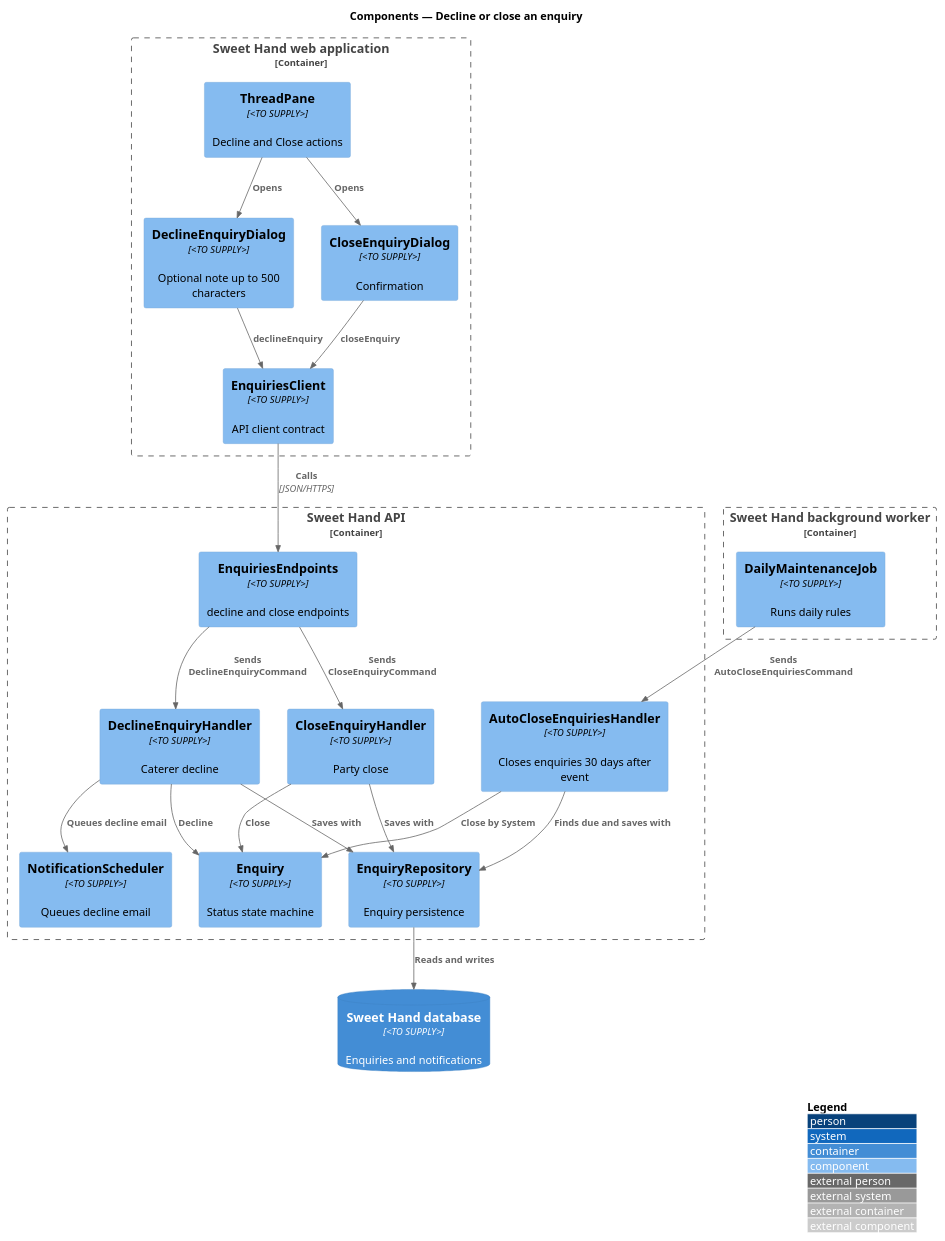
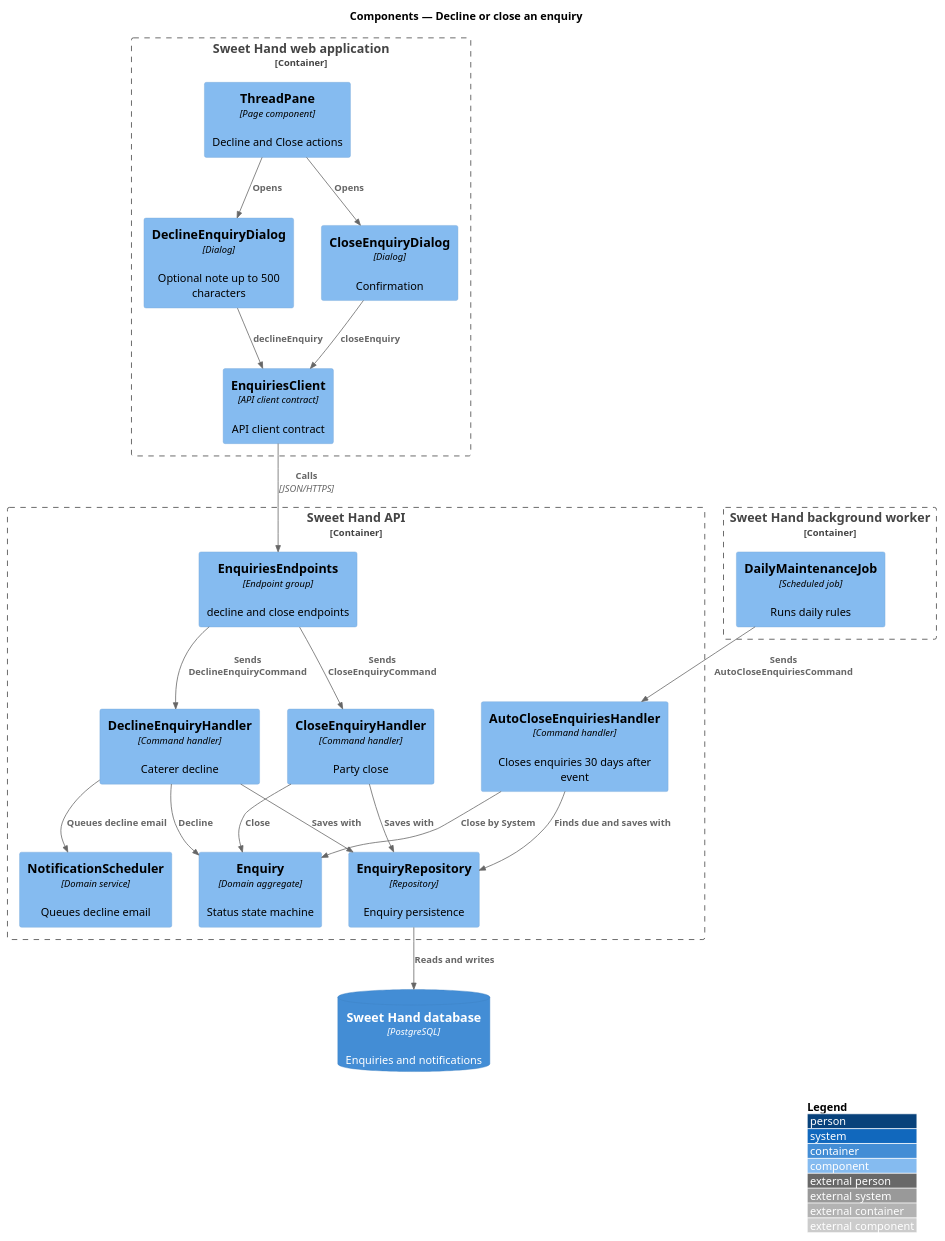
One commit to QuinntyneBrown/sweet-hand changed the diagram in docs/detailed-designs/enquiries/decline-or-close-enquiry/diagrams/c4-component.puml. Above: the diagram before and after it, drawn with PlantUML. The commit also changed 39 other files, not shown here.

```diff
--- a/docs/detailed-designs/enquiries/decline-or-close-enquiry/diagrams/c4-component.puml
+++ b/docs/detailed-designs/enquiries/decline-or-close-enquiry/diagrams/c4-component.puml
@@ -1,42 +1,42 @@
 @startuml
 !include <C4/C4_Component>
 LAYOUT_WITH_LEGEND()
 title Components — Decline or close an enquiry
 
 Container_Boundary(web, "Sweet Hand web application") {
-  Component(pane, "ThreadPane", "<TO SUPPLY>", "Decline and Close actions")
-  Component(decl, "DeclineEnquiryDialog", "<TO SUPPLY>", "Optional note up to 500 characters")
-  Component(close, "CloseEnquiryDialog", "<TO SUPPLY>", "Confirmation")
-  Component(client, "EnquiriesClient", "<TO SUPPLY>", "API client contract")
+  Component(pane, "ThreadPane", "Page component", "Decline and Close actions")
+  Component(decl, "DeclineEnquiryDialog", "Dialog", "Optional note up to 500 characters")
+  Component(close, "CloseEnquiryDialog", "Dialog", "Confirmation")
+  Component(client, "EnquiriesClient", "API client contract", "API client contract")
 }
 Container_Boundary(api, "Sweet Hand API") {
-  Component(ep, "EnquiriesEndpoints", "<TO SUPPLY>", "decline and close endpoints")
-  Component(dh, "DeclineEnquiryHandler", "<TO SUPPLY>", "Caterer decline")
-  Component(ch, "CloseEnquiryHandler", "<TO SUPPLY>", "Party close")
-  Component(ah, "AutoCloseEnquiriesHandler", "<TO SUPPLY>", "Closes enquiries 30 days after event")
-  Component(agg, "Enquiry", "<TO SUPPLY>", "Status state machine")
-  Component(sched, "NotificationScheduler", "<TO SUPPLY>", "Queues decline email")
-  Component(repo, "EnquiryRepository", "<TO SUPPLY>", "Enquiry persistence")
+  Component(ep, "EnquiriesEndpoints", "Endpoint group", "decline and close endpoints")
+  Component(dh, "DeclineEnquiryHandler", "Command handler", "Caterer decline")
+  Component(ch, "CloseEnquiryHandler", "Command handler", "Party close")
+  Component(ah, "AutoCloseEnquiriesHandler", "Command handler", "Closes enquiries 30 days after event")
+  Component(agg, "Enquiry", "Domain aggregate", "Status state machine")
+  Component(sched, "NotificationScheduler", "Domain service", "Queues decline email")
+  Component(repo, "EnquiryRepository", "Repository", "Enquiry persistence")
 }
 Container_Boundary(worker, "Sweet Hand background worker") {
-  Component(job, "DailyMaintenanceJob", "<TO SUPPLY>", "Runs daily rules")
+  Component(job, "DailyMaintenanceJob", "Scheduled job", "Runs daily rules")
 }
-ContainerDb(db, "Sweet Hand database", "<TO SUPPLY>", "Enquiries and notifications")
+ContainerDb(db, "Sweet Hand database", "PostgreSQL", "Enquiries and notifications")
 
 Rel(pane, decl, "Opens")
 Rel(pane, close, "Opens")
 Rel(decl, client, "declineEnquiry")
 Rel(close, client, "closeEnquiry")
 Rel(client, ep, "Calls", "JSON/HTTPS")
 Rel(ep, dh, "Sends DeclineEnquiryCommand")
 Rel(ep, ch, "Sends CloseEnquiryCommand")
 Rel(job, ah, "Sends AutoCloseEnquiriesCommand")
 Rel(dh, agg, "Decline")
 Rel(ch, agg, "Close")
 Rel(ah, agg, "Close by System")
 Rel(dh, sched, "Queues decline email")
 Rel(dh, repo, "Saves with")
 Rel(ch, repo, "Saves with")
 Rel(ah, repo, "Finds due and saves with")
 Rel(repo, db, "Reads and writes")
 @enduml
```
